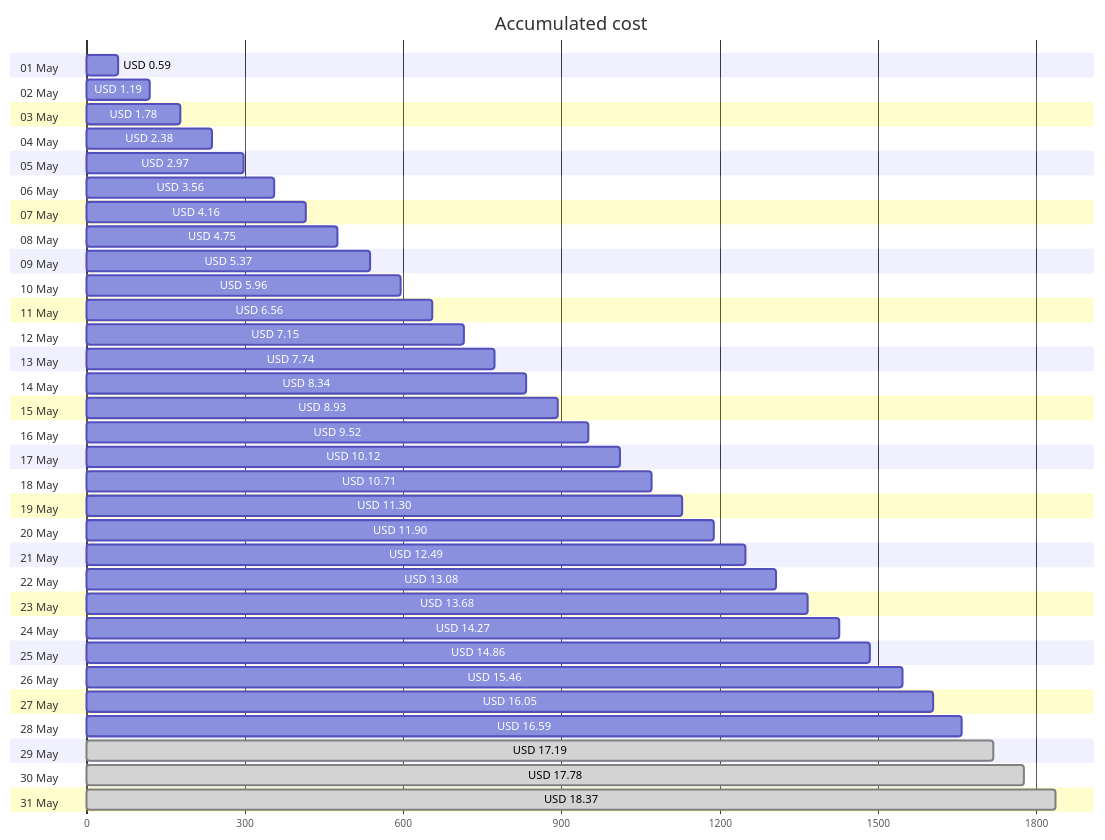
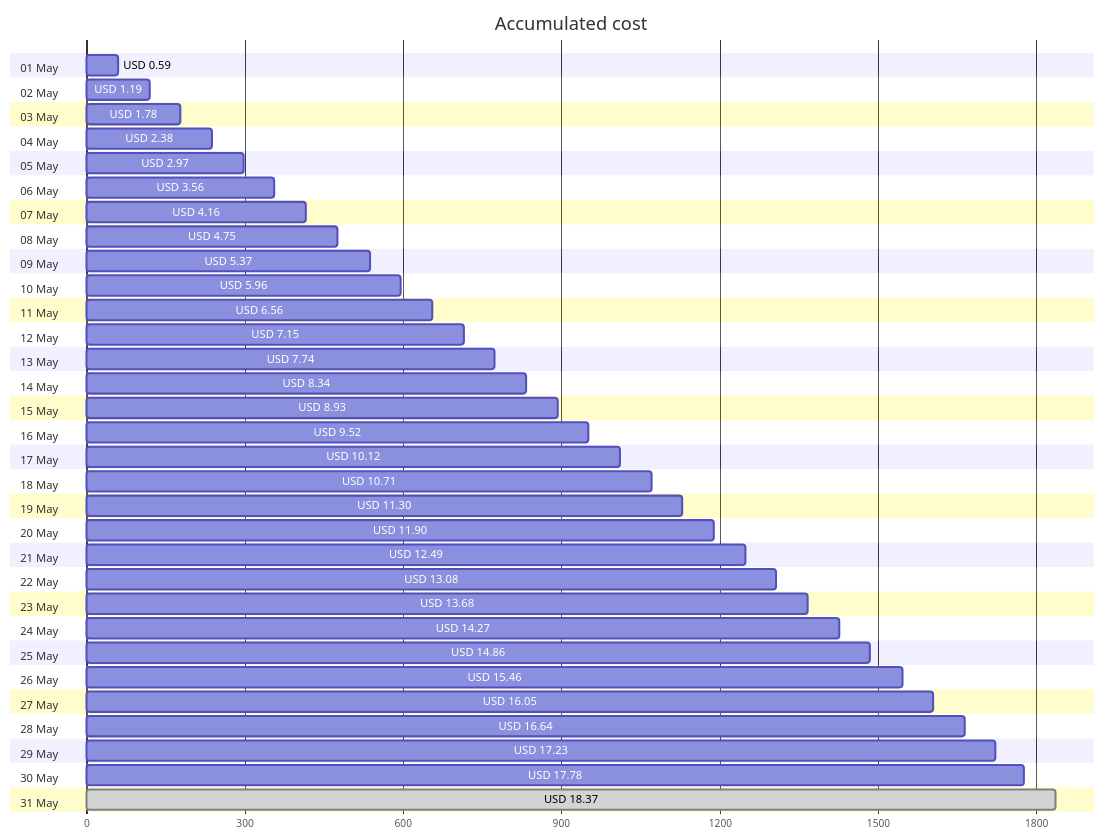
The first of 4 diagrams in cost-reports/personal-site/README.md (jpfulton/azure-personal-reports), drawn with Mermaid before and after one commit. The commit also changed other lines of this file and 6 other files, not shown here.

````diff
--- a/cost-reports/personal-site/README.md
+++ b/cost-reports/personal-site/README.md
@@ -20,68 +20,68 @@
 ```mermaid
 gantt
    title Accumulated cost
    dateFormat  X
    axisFormat %s
    section 01 May
    USD 0.59 :0, 59
    section 02 May
    USD 1.19 :0, 119
    section 03 May
    USD 1.78 :0, 178
    section 04 May
    USD 2.38 :0, 238
    section 05 May
    USD 2.97 :0, 297
    section 06 May
    USD 3.56 :0, 356
    section 07 May
    USD 4.16 :0, 416
    section 08 May
    USD 4.75 :0, 475
    section 09 May
    USD 5.37 :0, 537
    section 10 May
    USD 5.96 :0, 596
    section 11 May
    USD 6.56 :0, 656
    section 12 May
    USD 7.15 :0, 715
    section 13 May
    USD 7.74 :0, 774
    section 14 May
    USD 8.34 :0, 834
    section 15 May
    USD 8.93 :0, 893
    section 16 May
    USD 9.52 :0, 952
    section 17 May
    USD 10.12 :0, 1012
    section 18 May
    USD 10.71 :0, 1071
    section 19 May
    USD 11.30 :0, 1130
    section 20 May
    USD 11.90 :0, 1190
    section 21 May
    USD 12.49 :0, 1249
    section 22 May
    USD 13.08 :0, 1308
    section 23 May
    USD 13.68 :0, 1368
    section 24 May
    USD 14.27 :0, 1427
    section 25 May
    USD 14.86 :0, 1486
    section 26 May
    USD 15.46 :0, 1546
    section 27 May
    USD 16.05 :0, 1605
    section 28 May
-   USD 16.59 :0, 1659
+   USD 16.64 :0, 1664
    section 29 May
-   USD 17.19 : done, 0, 1719
+   USD 17.23 :0, 1723
    section 30 May
-   USD 17.78 : done, 0, 1778
+   USD 17.78 :0, 1778
    section 31 May
    USD 18.37 : done, 0, 1837
 ```
````
